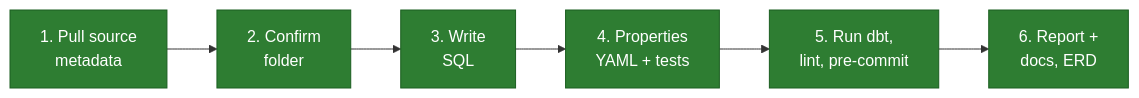
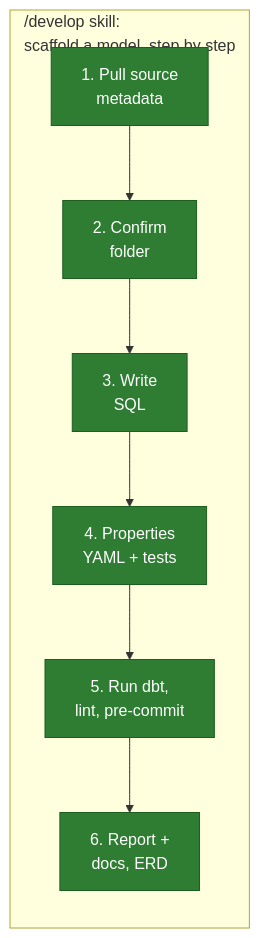
Diagram 15 of 22 in Project_Portfolio/Project 1/Project_1.md (antipev/sql_preparation), drawn with Mermaid before and after one commit.

````diff
--- a/Project_Portfolio/Project 1/Project_1.md
+++ b/Project_Portfolio/Project 1/Project_1.md
@@ -954,7 +954,9 @@
 ```mermaid
 flowchart LR
-    A["1. Pull source<br/>metadata"] --> B["2. Confirm<br/>folder"] --> C["3. Write<br/>SQL"] --> D["4. Properties<br/>YAML + tests"] --> E["5. Run dbt,<br/>lint, pre-commit"] --> F["6. Report +<br/>docs, ERD"]
+    subgraph DEV["/develop skill:<br/>scaffold a model, step by step"]
+        A["1. Pull source<br/>metadata"] --> B["2. Confirm<br/>folder"] --> C["3. Write<br/>SQL"] --> D["4. Properties<br/>YAML + tests"] --> E["5. Run dbt,<br/>lint, pre-commit"] --> F["6. Report +<br/>docs, ERD"]
+    end
 
     classDef hero fill:#2E7D32,stroke:#1B5E20,color:#fff
     class A,B,C,D,E,F hero
 ```
````
